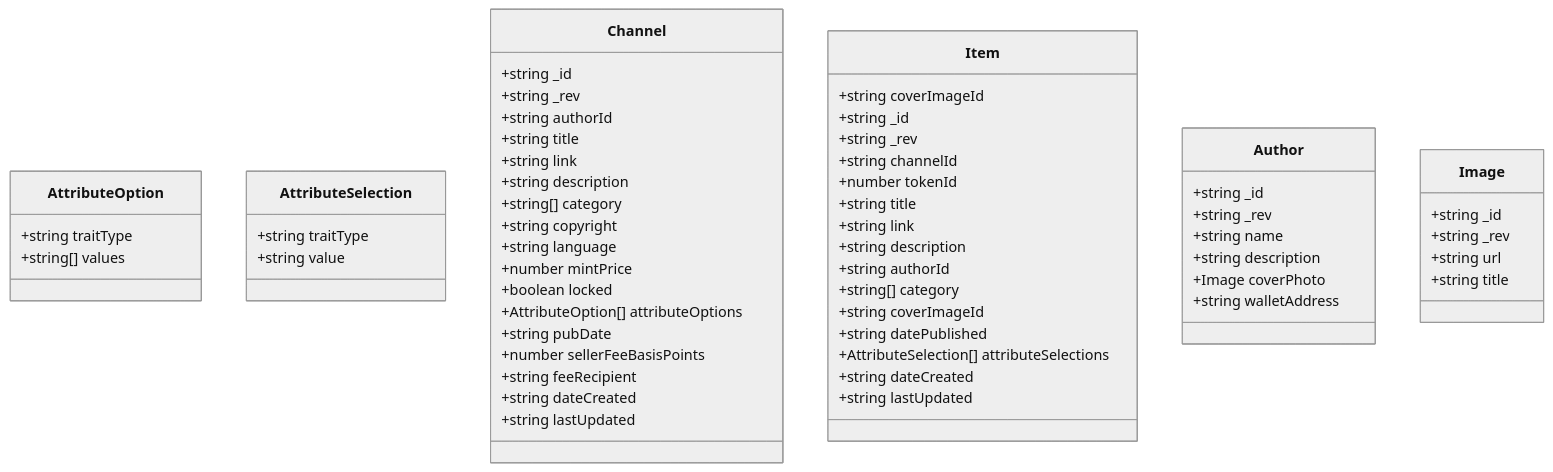
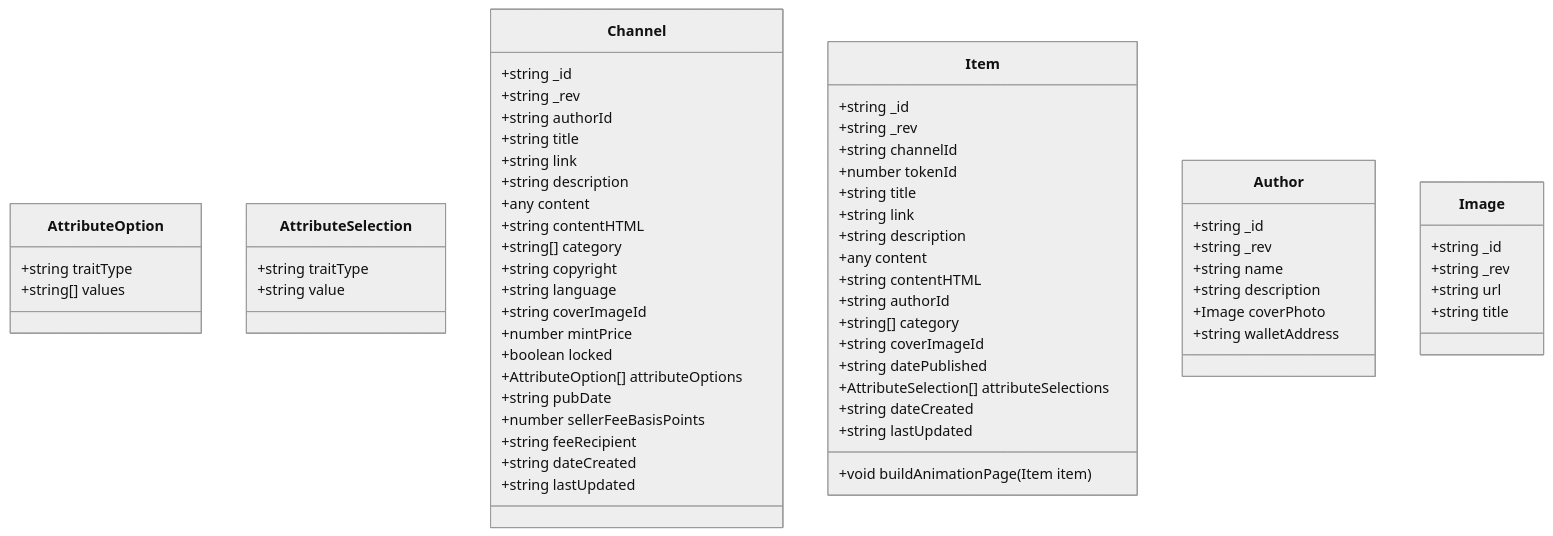
One commit to LargeNFT/large-nft changed the first of 2 diagrams in docs/uml.md. Above: the diagram before and after it, drawn with Mermaid (neutral theme). The commit also changed 90 other files, not shown here.

```diff
--- a/docs/uml.md
+++ b/docs/uml.md
@@ -20,11 +20,14 @@
 Channel : +string link
 Channel : +string description
 
+Channel : +any content
+Channel : +string contentHTML
+
 Channel : +string[] category
 Channel : +string copyright
 Channel : +string language
 
-Item : +string coverImageId
+Channel : +string coverImageId
 
 Channel : +number mintPrice
 Channel : +boolean locked
@@ -50,12 +53,18 @@
 Item : +string title
 Item : +string link
 Item : +string description
+
+Item : +any content
+Item : +string contentHTML
+
 Item : +string authorId
 Item : +string[] category
 Item : +string coverImageId
 Item : +string datePublished
 
 Item : +AttributeSelection[] attributeSelections
+
+Item : +void buildAnimationPage(Item item)
 
 Item : +string dateCreated
 Item : +string lastUpdated
```
